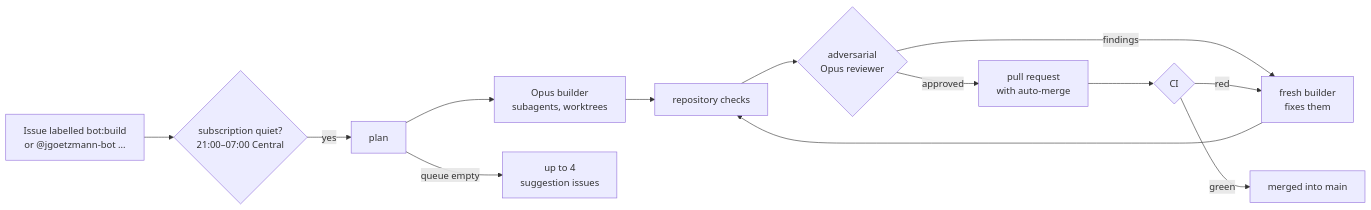
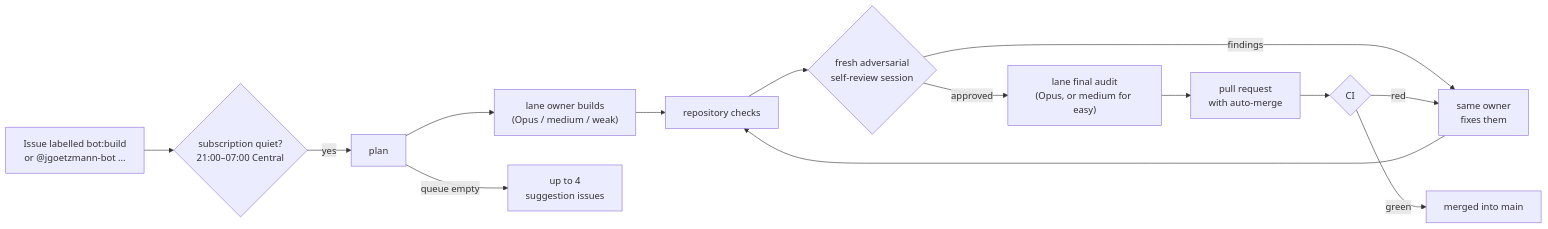
The diagram in README.md (Jlore-Studios/JackiOh), drawn with Mermaid before and after one commit. The commit also changed other lines of this file and 22 other files, not shown here.

First line of the commit message:
Night bot: single-owner lanes with self adversarial review

````diff
--- a/README.md
+++ b/README.md
@@ -61,14 +64,15 @@
 ```mermaid
 flowchart LR
   A["Issue labelled bot:build<br/>or @jgoetzmann-bot ..."] --> Q{"subscription quiet?<br/>21:00–07:00 Central"}
   Q -- "yes" --> B["plan"]
-  B --> C["Opus builder<br/>subagents, worktrees"]
+  B --> C["lane owner builds<br/>(Opus / medium / weak)"]
   C --> D["repository checks"]
-  D --> E{"adversarial<br/>Opus reviewer"}
-  E -- "findings" --> F["fresh builder<br/>fixes them"] --> D
-  E -- "approved" --> G["pull request<br/>with auto-merge"]
+  D --> E{"fresh adversarial<br/>self-review session"}
+  E -- "findings" --> F["same owner<br/>fixes them"] --> D
+  E -- "approved" --> FA["lane final audit<br/>(Opus, or medium for easy)"]
+  FA --> G["pull request<br/>with auto-merge"]
   G --> H{"CI"}
   H -- "green" --> I["merged into main"]
   H -- "red" --> F
   B -- "queue empty" --> J["up to 4<br/>suggestion issues"]
 ```
````
